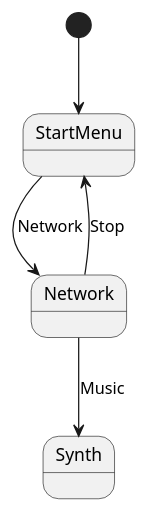
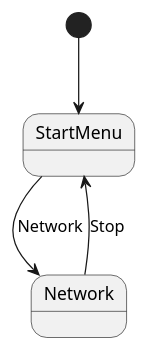
Before and after one commit to aortez/dirtsim: the second of 2 diagrams in apps/src/ui/docs/src/screens/network.md, drawn with PlantUML. The commit also changed 22 other files, not shown here.

Commit message:
Add network and synth UI states

````diff
--- a/apps/src/ui/docs/src/screens/network.md
+++ b/apps/src/ui/docs/src/screens/network.md
@@ -48,9 +48,8 @@
 ```plantuml
 @startuml
 [*] --> StartMenu
 
 StartMenu --> Network : Network
 Network --> StartMenu : Stop
-Network --> Synth : Music
 @enduml
 ```
````
